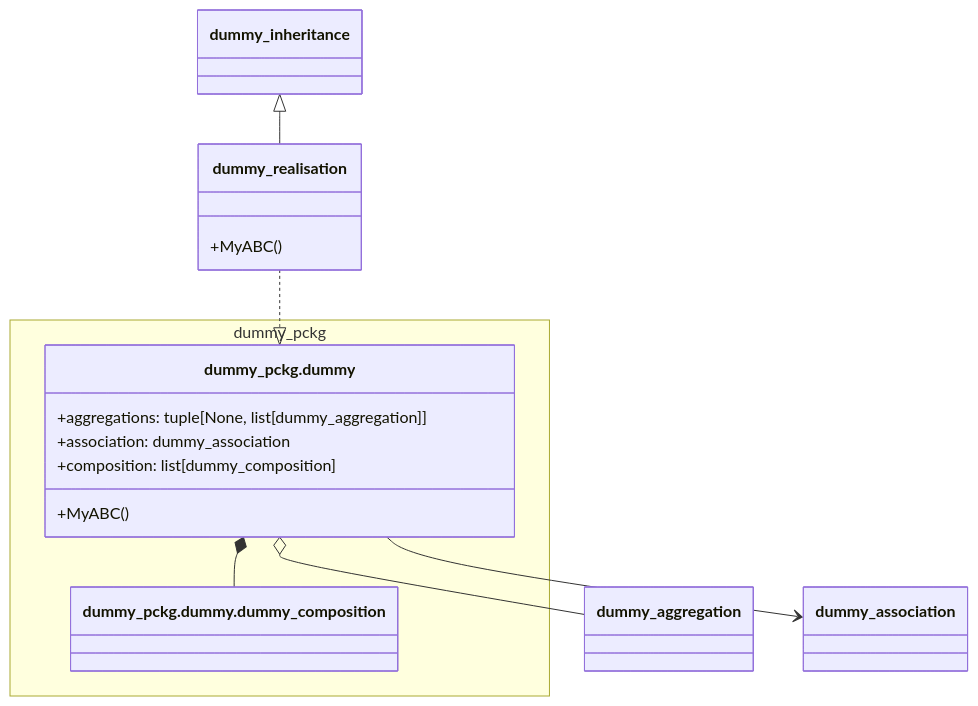
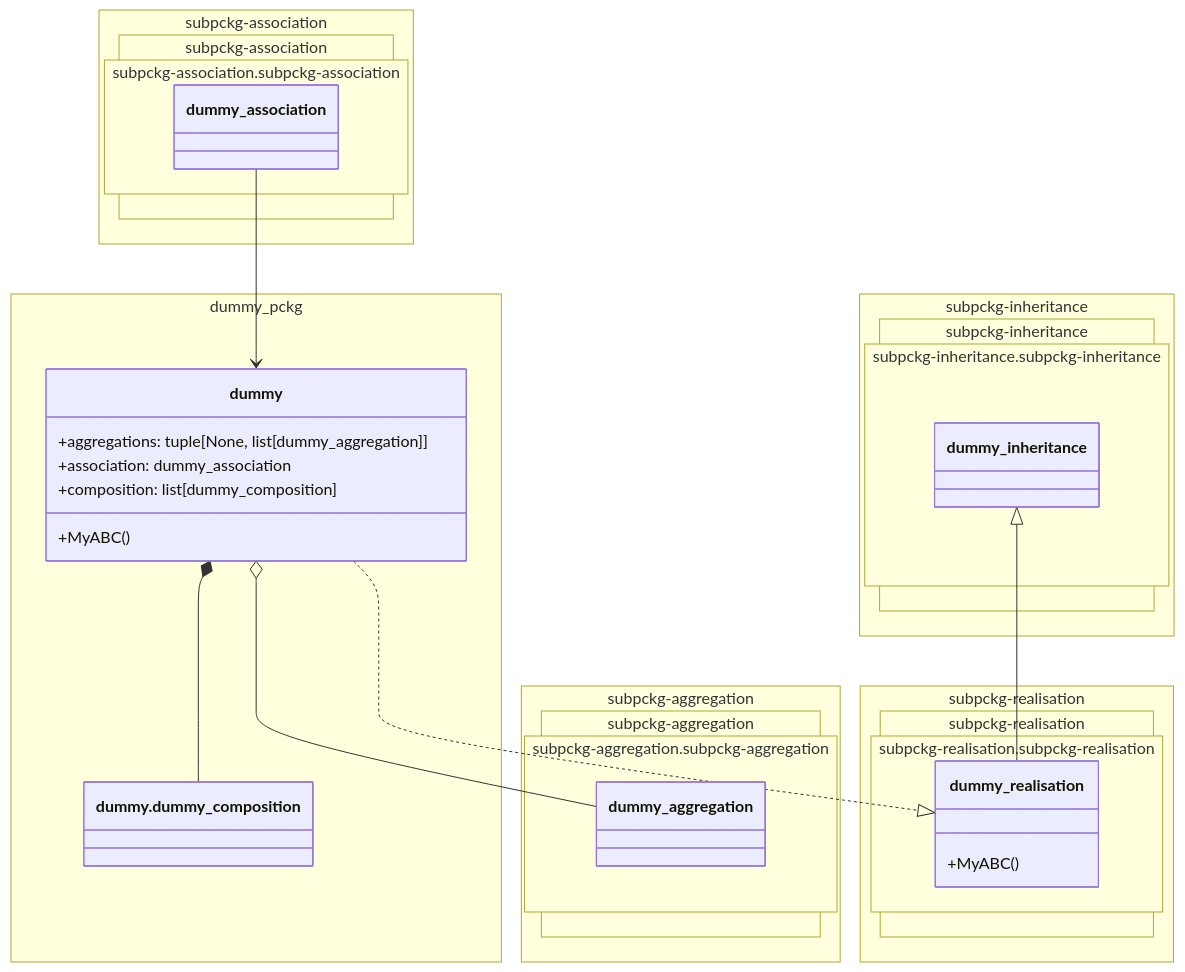
Before and after one commit to YsWorkBench/mermaiden: the diagram in examples/dummy_pckgUML.md, drawn with Mermaid. The commit also changed 7 other files, not shown here.

````diff
--- a/examples/dummy_pckgUML.md
+++ b/examples/dummy_pckgUML.md
@@ -3,28 +3,44 @@
 ```mermaid
 classDiagram
-class `dummy_aggregation` {
-}
-class `dummy_association` {
-}
-class `dummy_inheritance` {
-}
-class `dummy_realisation` {
-  +MyABC()
-}
-namespace `dummy_pckg`{
-  class `dummy_pckg.dummy` {
+namespace `dummy_pckg`["dummy_pckg"]{
+  class `dummy_pckg.dummy`["dummy"] {
     +aggregations: tuple[None, list[dummy_aggregation]]
     +association: dummy_association
     +composition: list[dummy_composition]
     +MyABC()
   }
-  class `dummy_pckg.dummy.dummy_composition` {
+  class `dummy_pckg.dummy.dummy_composition`["dummy.dummy_composition"] {
+  }
+}
+namespace `subpckg-aggregation`["subpckg-aggregation"]{
+  namespace `subpckg-aggregation.subpckg-aggregation`["subpckg-aggregation.subpckg-aggregation"]{
+    class `subpckg-aggregation.subpckg-aggregation.dummy_aggregation`["dummy_aggregation"] {
+    }
+  }
+}
+namespace `subpckg-association`["subpckg-association"]{
+  namespace `subpckg-association.subpckg-association`["subpckg-association.subpckg-association"]{
+    class `subpckg-association.subpckg-association.dummy_association`["dummy_association"] {
+    }
+  }
+}
+namespace `subpckg-inheritance`["subpckg-inheritance"]{
+  namespace `subpckg-inheritance.subpckg-inheritance`["subpckg-inheritance.subpckg-inheritance"]{
+    class `subpckg-inheritance.subpckg-inheritance.dummy_inheritance`["dummy_inheritance"] {
+    }
+  }
+}
+namespace `subpckg-realisation`["subpckg-realisation"]{
+  namespace `subpckg-realisation.subpckg-realisation`["subpckg-realisation.subpckg-realisation"]{
+    class `subpckg-realisation.subpckg-realisation.dummy_realisation`["dummy_realisation"] {
+      +MyABC()
+    }
   }
 }
 
-`dummy_inheritance` <|-- `dummy_realisation`
-`dummy_pckg.dummy` o-- `dummy_aggregation`
-`dummy_pckg.dummy` --> `dummy_association`
 `dummy_pckg.dummy` *-- `dummy_pckg.dummy.dummy_composition`
-`dummy_realisation` ..|> `dummy_pckg.dummy`
+`dummy_pckg.dummy` o-- `subpckg-aggregation.subpckg-aggregation.dummy_aggregation`
+`dummy_pckg.dummy` ..|> `subpckg-realisation.subpckg-realisation.dummy_realisation`
+`subpckg-association.subpckg-association.dummy_association` --> `dummy_pckg.dummy`
+`subpckg-inheritance.subpckg-inheritance.dummy_inheritance` <|-- `subpckg-realisation.subpckg-realisation.dummy_realisation`
 ```
````
